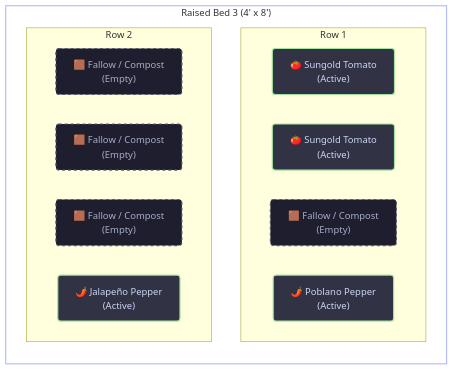
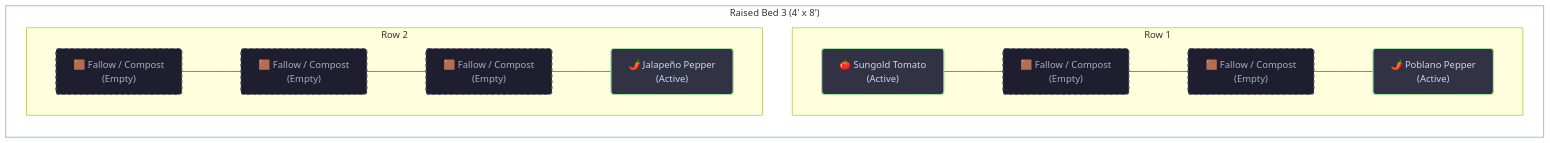
One commit to nicholaswilde/gardening changed the diagram in docs/beds/raised-bed-3.md. Above: the diagram before and after it, drawn with Mermaid. The commit also changed other lines of this file and 11 other files, not shown here.

````diff
--- a/docs/beds/raised-bed-3.md
+++ b/docs/beds/raised-bed-3.md
@@ -14,35 +15,28 @@
 ```mermaid
 flowchart TD
     subgraph Bed ["Raised Bed 3 (4' x 8')"]
         direction TB
         subgraph Row1 ["Row 1"]
             direction LR
-            cell1_1["🍅 Sungold Tomato<br>(Active)"]
-            cell1_2["🍅 Sungold Tomato<br>(Active)"]
-            cell1_3["🟫 Fallow / Compost<br>(Empty)"]
-            cell1_4["🌶️ Poblano Pepper<br>(Active)"]
+            cell1_1["🍅 Sungold Tomato<br>(Active)"] --- cell1_2["🟫 Fallow / Compost<br>(Empty)"] --- cell1_3["🟫 Fallow / Compost<br>(Empty)"] --- cell1_4["🌶️ Poblano Pepper<br>(Active)"]
         end
         subgraph Row2 ["Row 2"]
             direction LR
-            cell2_1["🟫 Fallow / Compost<br>(Empty)"]
-            cell2_2["🟫 Fallow / Compost<br>(Empty)"]
-            cell2_3["🟫 Fallow / Compost<br>(Empty)"]
-            cell2_4["🌶️ Jalapeño Pepper<br>(Active)"]
+            cell2_1["🟫 Fallow / Compost<br>(Empty)"] --- cell2_2["🟫 Fallow / Compost<br>(Empty)"] --- cell2_3["🟫 Fallow / Compost<br>(Empty)"] --- cell2_4["🌶️ Jalapeño Pepper<br>(Active)"]
         end
     end
 
     style Bed fill:transparent,stroke:#b4befe,stroke-width:2px
     style cell1_1 fill:#313244,stroke:#a6e3a1,stroke-width:2px,color:#cdd6f4,rx:5,ry:5
-    style cell1_2 fill:#313244,stroke:#a6e3a1,stroke-width:2px,color:#cdd6f4,rx:5,ry:5
+    style cell1_2 fill:#1e1e2e,stroke:#585b70,stroke-width:2px,color:#a6adc8,stroke-dasharray: 5 5,rx:5,ry:5
     style cell1_3 fill:#1e1e2e,stroke:#585b70,stroke-width:2px,color:#a6adc8,stroke-dasharray: 5 5,rx:5,ry:5
     style cell1_4 fill:#313244,stroke:#a6e3a1,stroke-width:2px,color:#cdd6f4,rx:5,ry:5
     style cell2_1 fill:#1e1e2e,stroke:#585b70,stroke-width:2px,color:#a6adc8,stroke-dasharray: 5 5,rx:5,ry:5
     style cell2_2 fill:#1e1e2e,stroke:#585b70,stroke-width:2px,color:#a6adc8,stroke-dasharray: 5 5,rx:5,ry:5
     style cell2_3 fill:#1e1e2e,stroke:#585b70,stroke-width:2px,color:#a6adc8,stroke-dasharray: 5 5,rx:5,ry:5
     style cell2_4 fill:#313244,stroke:#a6e3a1,stroke-width:2px,color:#cdd6f4,rx:5,ry:5
 
+    click cell1_4 "../plants/poblano-pepper.md" "Poblano Pepper Profile"
     click cell1_1 "../plants/sungold-tomato.md" "Sungold Tomato Profile"
-    click cell1_2 "../plants/sungold-tomato.md" "Sungold Tomato Profile"
-    click cell1_4 "../plants/poblano-pepper.md" "Poblano Pepper Profile"
     click cell2_4 "../plants/jalapeno-pepper.md" "Jalapeño Pepper Profile"
 ```
````
